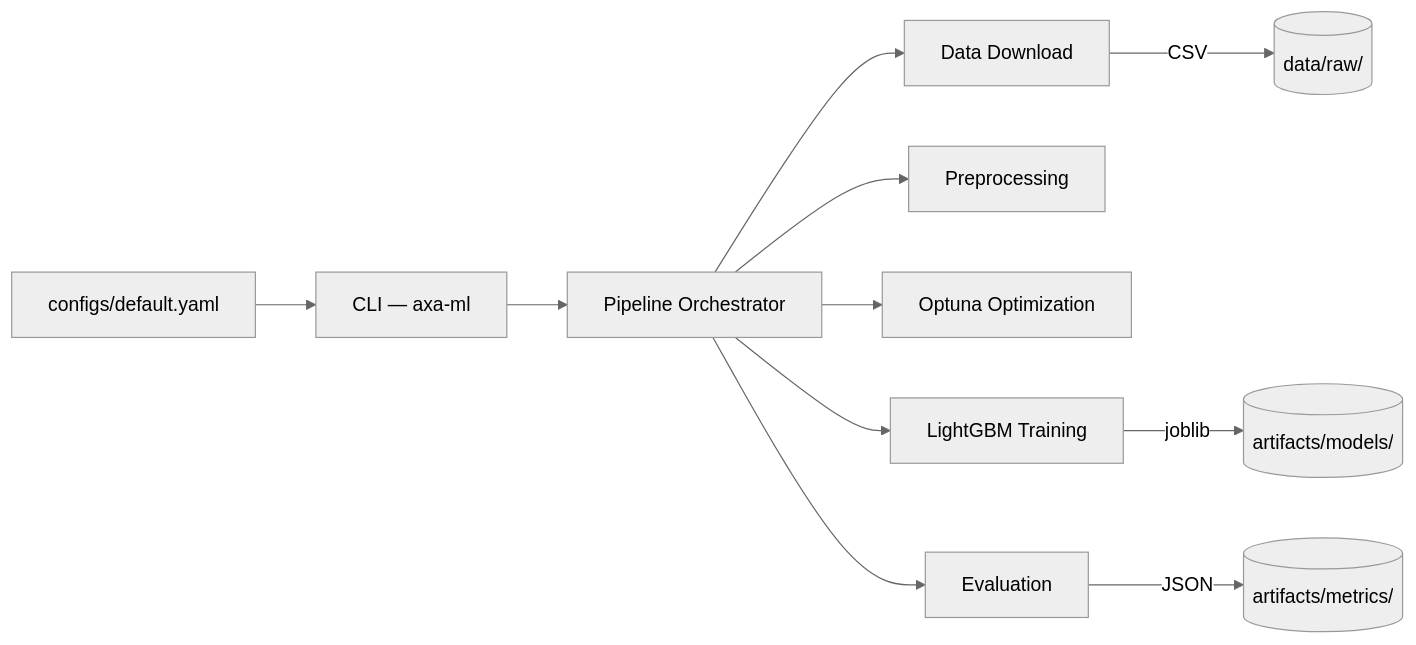
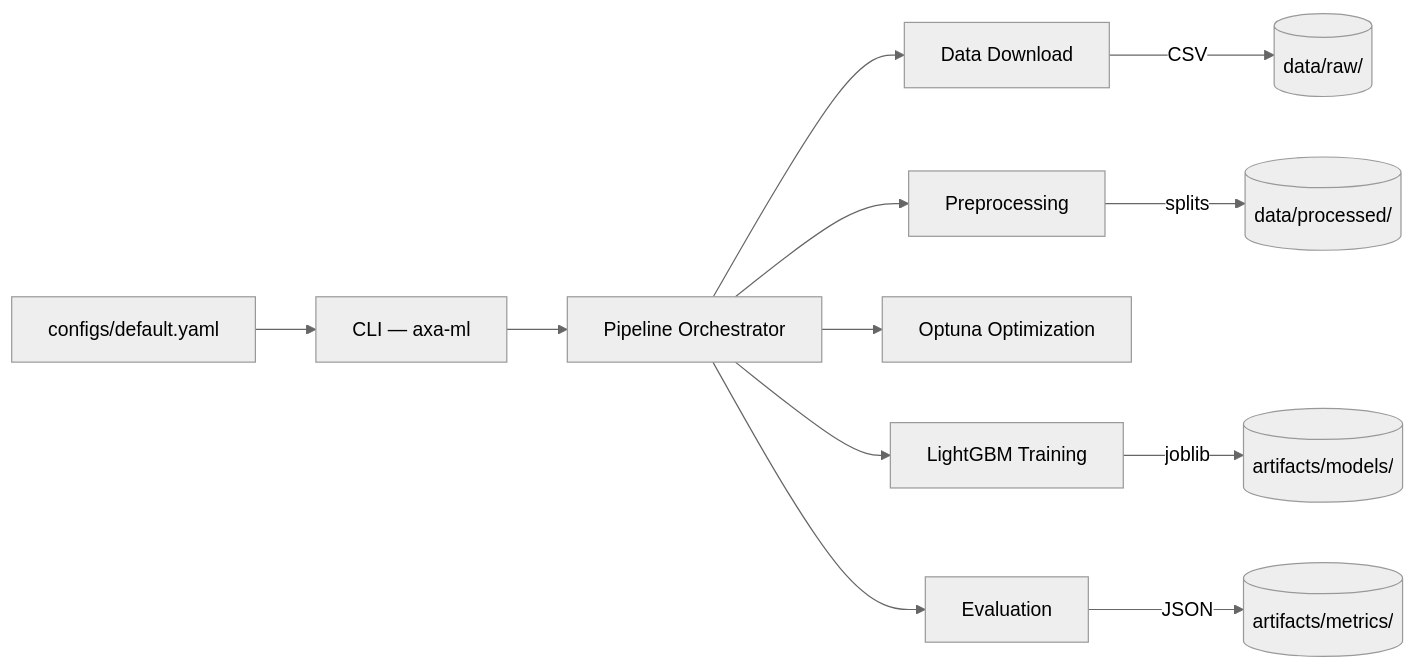
Before and after one commit to BigQszak/Insurance-claims-binary-classification-pipeline-AXA: the diagram in README.md, drawn with Mermaid (neutral theme). The commit also changed other lines of this file and 1 other file, not shown here.

````diff
--- a/README.md
+++ b/README.md
@@ -7,13 +7,14 @@
 ```mermaid
 graph LR
     A[configs/default.yaml] --> B[CLI — axa-ml]
     B --> C[Pipeline Orchestrator]
     C --> D[Data Download]
     C --> E[Preprocessing]
     C --> F[Optuna Optimization]
     C --> G[LightGBM Training]
     C --> H[Evaluation]
     D --> |CSV| I[(data/raw/)]
+    E --> |splits| L[(data/processed/)]
     H --> |JSON| J[(artifacts/metrics/)]
     G --> |joblib| K[(artifacts/models/)]
 ```
````
